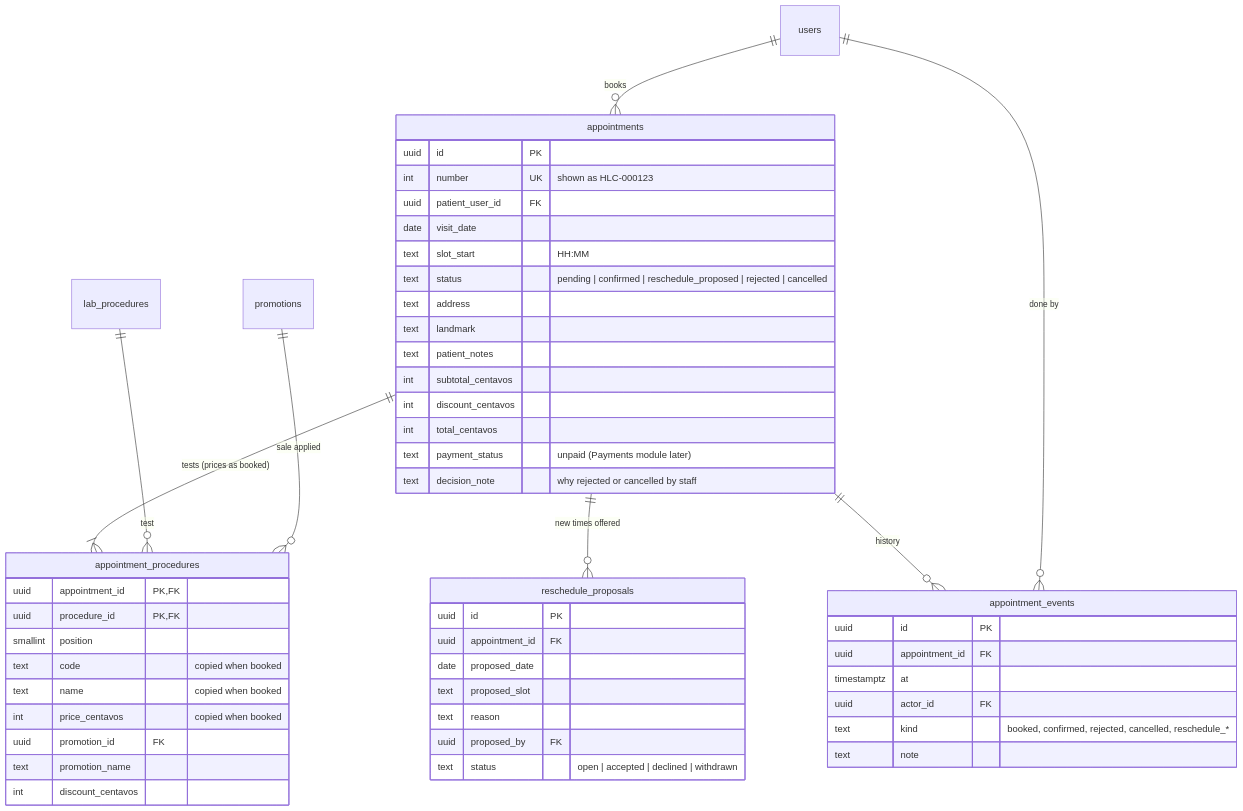
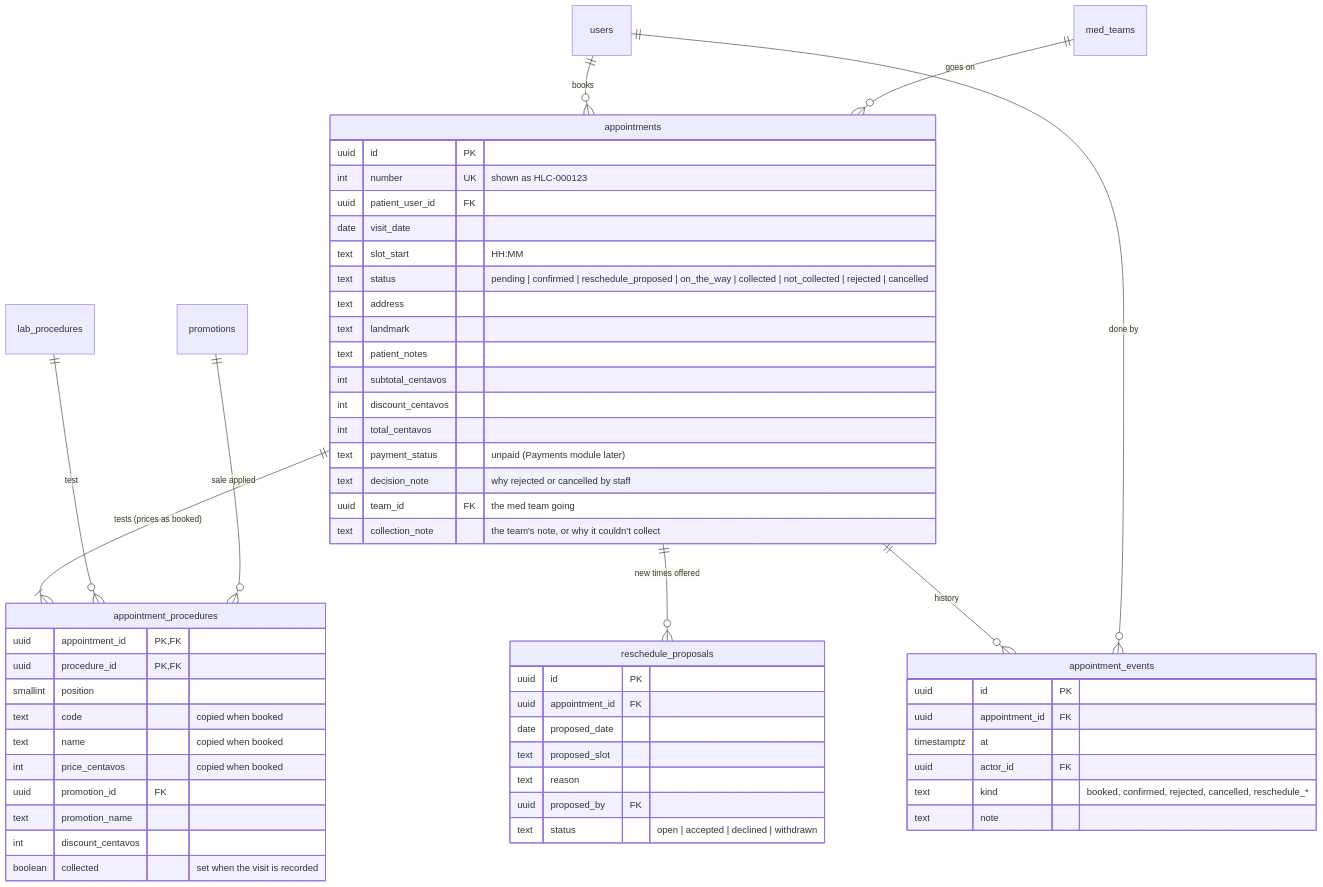
One commit to JM-GrizzlyBear/HomeLabConnect changed the diagram in docs/erd/appointments.md. Above: the diagram before and after it, drawn with Mermaid. The commit also changed other lines of this file and 3 other files, not shown here.

````diff
--- a/docs/erd/appointments.md
+++ b/docs/erd/appointments.md
@@ -5,55 +5,59 @@
 ```mermaid
 erDiagram
     users ||--o{ appointments : "books"
     appointments ||--|{ appointment_procedures : "tests (prices as booked)"
     lab_procedures ||--o{ appointment_procedures : "test"
     promotions ||--o{ appointment_procedures : "sale applied"
     appointments ||--o{ reschedule_proposals : "new times offered"
     appointments ||--o{ appointment_events : "history"
     users ||--o{ appointment_events : "done by"
+    med_teams ||--o{ appointments : "goes on"
 
     appointments {
         uuid id PK
         int number UK "shown as HLC-000123"
         uuid patient_user_id FK
         date visit_date
         text slot_start "HH:MM"
-        text status "pending | confirmed | reschedule_proposed | rejected | cancelled"
+        text status "pending | confirmed | reschedule_proposed | on_the_way | collected | not_collected | rejected | cancelled"
         text address
         text landmark
         text patient_notes
         int subtotal_centavos
         int discount_centavos
         int total_centavos
         text payment_status "unpaid (Payments module later)"
         text decision_note "why rejected or cancelled by staff"
+        uuid team_id FK "the med team going"
+        text collection_note "the team's note, or why it couldn't collect"
     }
     appointment_procedures {
         uuid appointment_id PK, FK
         uuid procedure_id PK, FK
         smallint position
         text code "copied when booked"
         text name "copied when booked"
         int price_centavos "copied when booked"
         uuid promotion_id FK
         text promotion_name
         int discount_centavos
+        boolean collected "set when the visit is recorded"
     }
     reschedule_proposals {
         uuid id PK
         uuid appointment_id FK
         date proposed_date
         text proposed_slot
         text reason
         uuid proposed_by FK
         text status "open | accepted | declined | withdrawn"
     }
     appointment_events {
         uuid id PK
         uuid appointment_id FK
         timestamptz at
         uuid actor_id FK
         text kind "booked, confirmed, rejected, cancelled, reschedule_*"
         text note
     }
 ```
````
